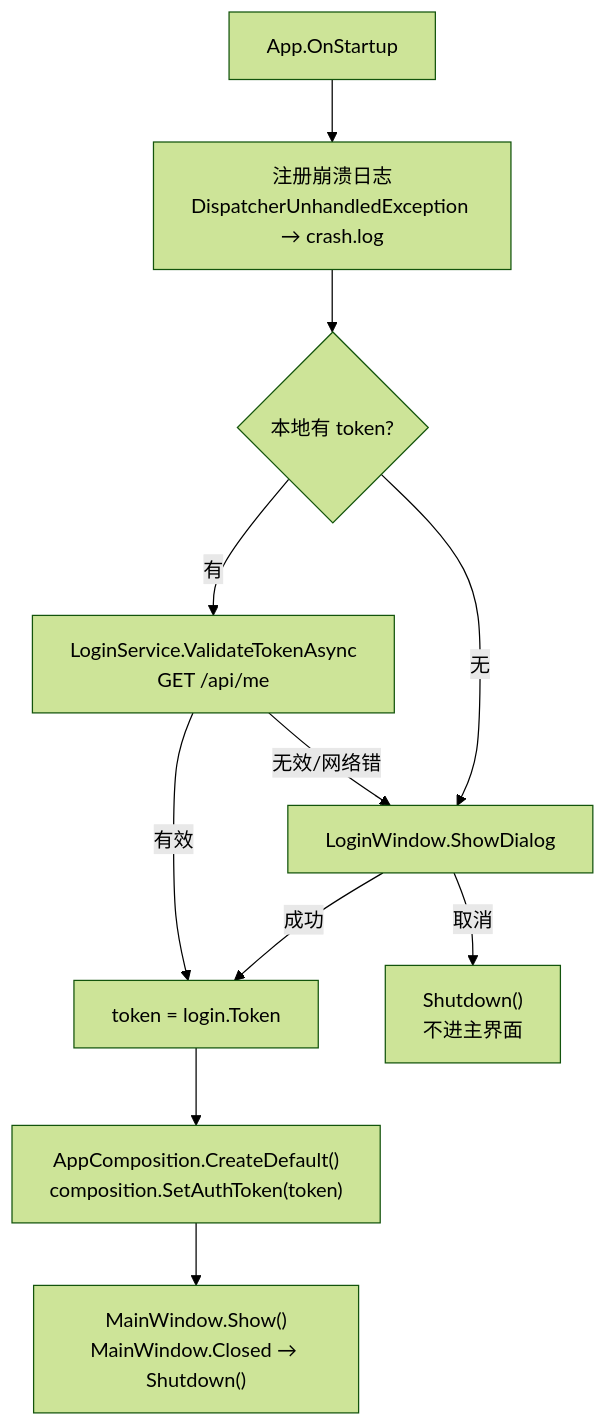
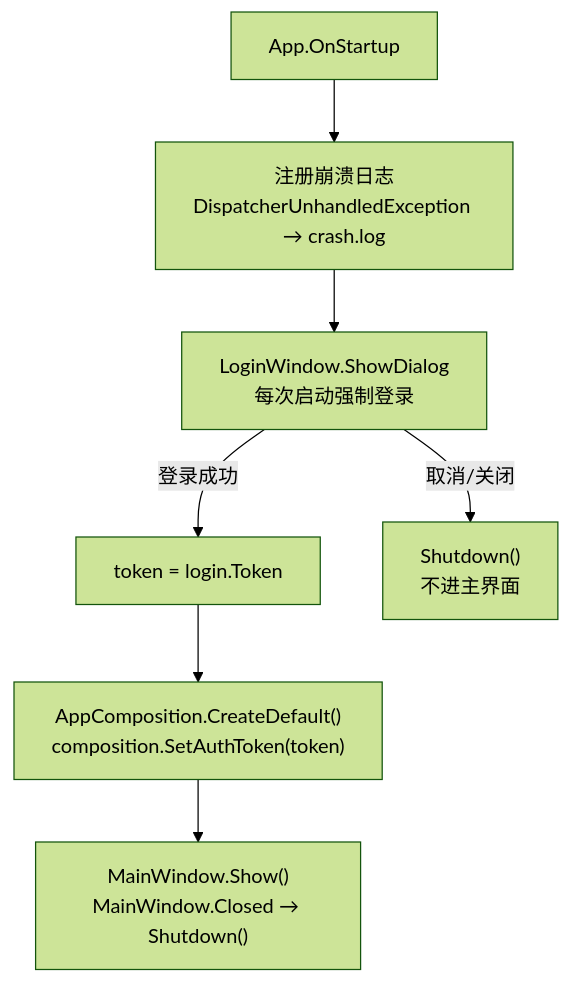
One commit to xxz13352/VivoKsu changed the second of 11 diagrams in docs/architecture.md. Above: the diagram before and after it, drawn with Mermaid (forest theme). The commit also changed other lines of this file and 5 other files, not shown here.

````diff
--- a/docs/architecture.md
+++ b/docs/architecture.md
@@ -110,13 +110,9 @@
 ```mermaid
 flowchart TD
     A[App.OnStartup] --> B[注册崩溃日志<br/>DispatcherUnhandledException → crash.log]
-    B --> C{本地有 token?}
-    C -->|有| D["LoginService.ValidateTokenAsync<br/>GET /api/me"]
-    D -->|有效| F
-    D -->|无效/网络错| E
-    C -->|无| E["LoginWindow.ShowDialog"]
-    E -->|成功| F["token = login.Token"]
-    E -->|取消| G["Shutdown()<br/>不进主界面"]
+    B --> C["LoginWindow.ShowDialog<br/>每次启动强制登录"]
+    C -->|登录成功| F["token = login.Token"]
+    C -->|取消/关闭| G["Shutdown()<br/>不进主界面"]
     F --> H["AppComposition.CreateDefault()<br/>composition.SetAuthToken(token)"]
     H --> I["MainWindow.Show()<br/>MainWindow.Closed → Shutdown()"]
 ```
````
